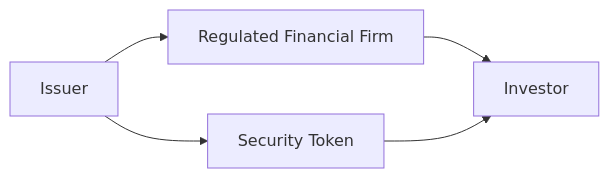
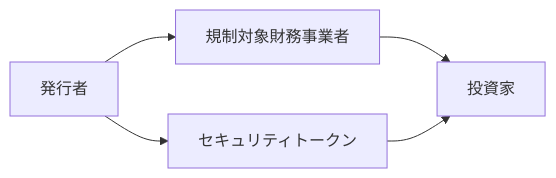
Before and after one commit to ShigeichiroYamasaki/creator-first-platform: diagram 15 of 45 in docs/whitepaper/11-legal-sto-tax.md, drawn with Mermaid. The commit also changed other lines of this file and 72 other files, not shown here.

````diff
--- a/docs/whitepaper/11-legal-sto-tax.md
+++ b/docs/whitepaper/11-legal-sto-tax.md
@@ -452,11 +452,11 @@
 ```mermaid
 flowchart LR
-    CORP[Issuer]
-    FIRM[Regulated Financial Firm]
-    INVESTOR[Investor]
-    ST[Security Token]
+    CORP[発行者]
+    FIRM[規制対象財務事業者]
+    INVESTOR[投資家]
+    ST[セキュリティトークン]
 
     CORP --> FIRM --> INVESTOR
     CORP --> ST
     ST --> INVESTOR
 ```
````
